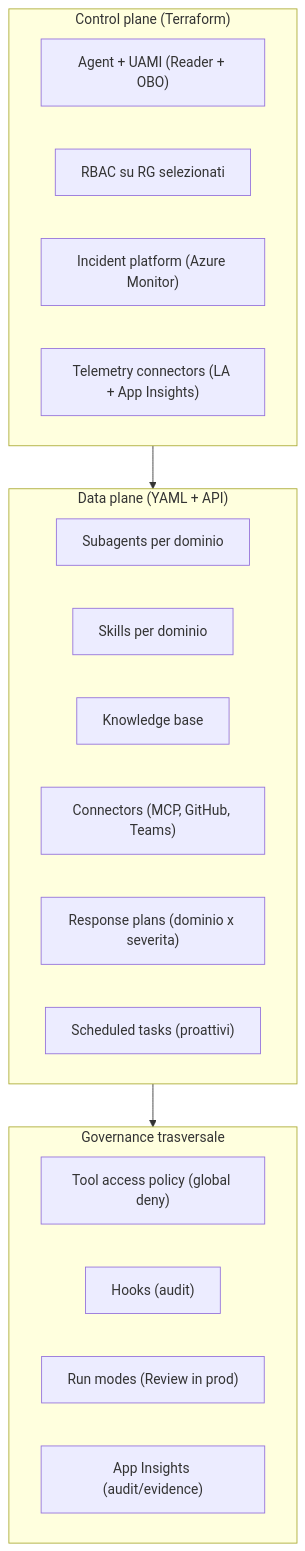
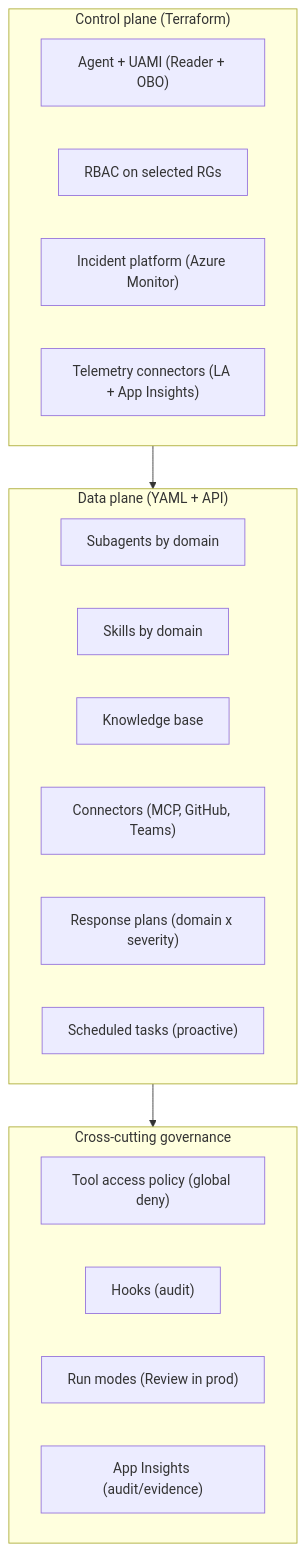
The fifth of 5 diagrams in Coach/Solutions/docs/azure-sre-agent/sre-agent-guidelines-best-practices-use-cases-how-to.md (microsoft/frontier-sre-agent-rvas), drawn with Mermaid before and after one commit. The commit also changed other lines of this file and 2 other files, not shown here.

````diff
--- a/Coach/Solutions/docs/azure-sre-agent/sre-agent-guidelines-best-practices-use-cases-how-to.md
+++ b/Coach/Solutions/docs/azure-sre-agent/sre-agent-guidelines-best-practices-use-cases-how-to.md
@@ -1217,24 +1217,24 @@
 ```mermaid
 flowchart TB
   subgraph CP["Control plane (Terraform)"]
     AG["Agent + UAMI (Reader + OBO)"]
-    RB["RBAC su RG selezionati"]
+    RB["RBAC on selected RGs"]
     IP["Incident platform (Azure Monitor)"]
     TC["Telemetry connectors (LA + App Insights)"]
   end
   subgraph DP["Data plane (YAML + API)"]
-    SUB["Subagents per dominio"]
-    SK["Skills per dominio"]
+    SUB["Subagents by domain"]
+    SK["Skills by domain"]
     KB["Knowledge base"]
     CN["Connectors (MCP, GitHub, Teams)"]
-    RPL["Response plans (dominio x severita)"]
-    STK["Scheduled tasks (proattivi)"]
+    RPL["Response plans (domain x severity)"]
+    STK["Scheduled tasks (proactive)"]
   end
-  subgraph GOV["Governance trasversale"]
+  subgraph GOV["Cross-cutting governance"]
     TAP["Tool access policy (global deny)"]
     HK["Hooks (audit)"]
     RM["Run modes (Review in prod)"]
     AI["App Insights (audit/evidence)"]
   end
   CP --> DP --> GOV
 ```
````
